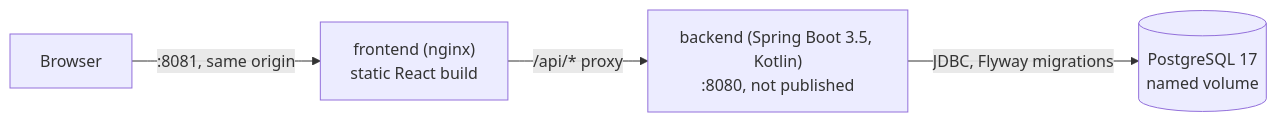
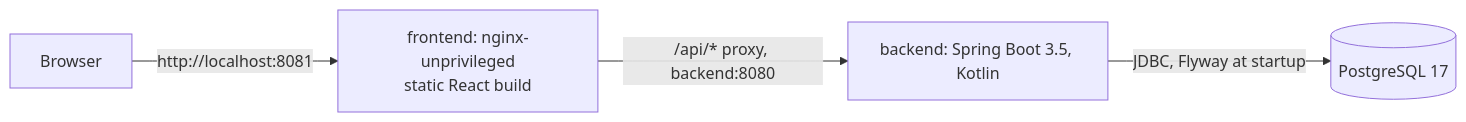
The first of 14 diagrams in docs/diagrams/architecture.md (chaudhary-lakshay/taskflow), drawn with Mermaid before and after one commit. The commit also changed other lines of this file and 3 other files, not shown here.

Commit message:
docs: add as-built diagrams, fix stale status

````diff
--- a/docs/diagrams/architecture.md
+++ b/docs/diagrams/architecture.md
@@ -5,6 +5,6 @@
 ```mermaid
 flowchart LR
-  Browser -->|":8081, same origin"| Nginx["frontend (nginx)\nstatic React build"]
-  Nginx -->|"/api/* proxy"| API["backend (Spring Boot 3.5, Kotlin)\n:8080, not published"]
-  API -->|JDBC, Flyway migrations| DB[("PostgreSQL 17\nnamed volume")]
+  Browser -->|"http://localhost:8081"| Nginx["frontend: nginx-unprivileged\nstatic React build"]
+  Nginx -->|"/api/* proxy, backend:8080"| API["backend: Spring Boot 3.5, Kotlin"]
+  API -->|"JDBC, Flyway at startup"| DB[("PostgreSQL 17")]
 ```
````
